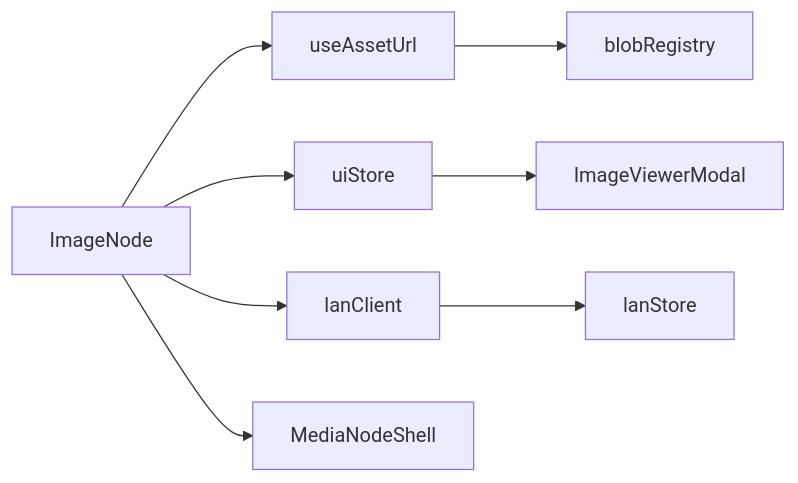
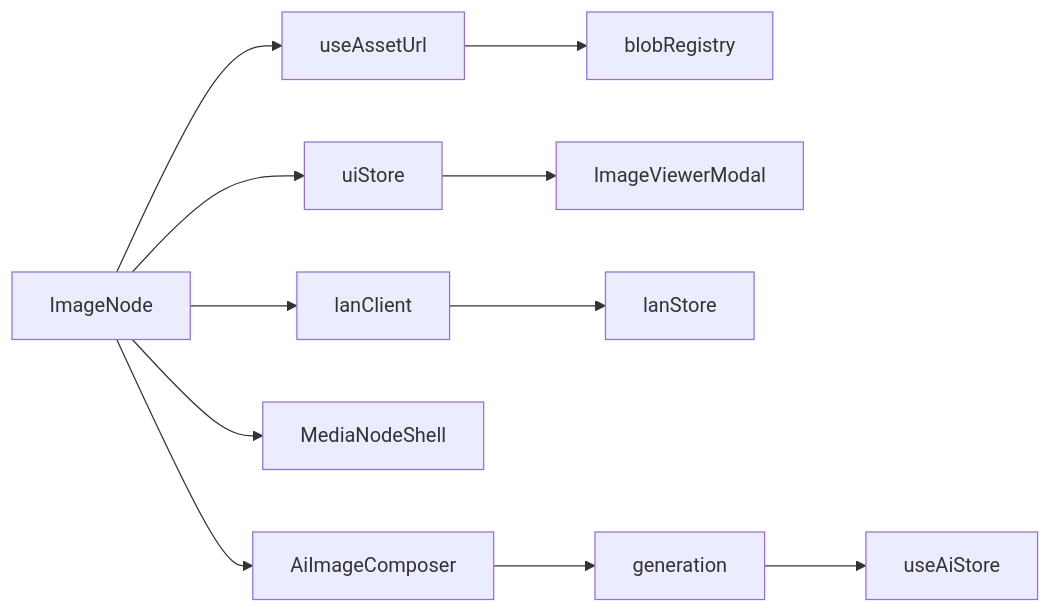
The fourth of 4 diagrams in .qoder/repowiki/zh/content/画布编辑器/节点系统/媒体节点/图片节点 (ImageNode).md (suqi-bot/SuQCanvas), drawn with Mermaid before and after one commit. The commit also changed other lines of this file and 93 other files, not shown here.

````diff
--- a/.qoder/repowiki/zh/content/画布编辑器/节点系统/媒体节点/图片节点 (ImageNode).md
+++ b/.qoder/repowiki/zh/content/画布编辑器/节点系统/媒体节点/图片节点 (ImageNode).md
@@ -245,10 +296,13 @@
 ```mermaid
 graph LR
 IN["ImageNode"] --> RES["useAssetUrl"]
 RES --> BR["blobRegistry"]
 IN --> UI["uiStore"]
 UI --> VM["ImageViewerModal"]
 IN --> LAN["lanClient"]
 LAN --> LS["lanStore"]
 IN --> MS["MediaNodeShell"]
+IN --> AC["AiImageComposer"]
+AC --> GEN["generation"]
+GEN --> STORE["useAiStore"]
 ```
````
